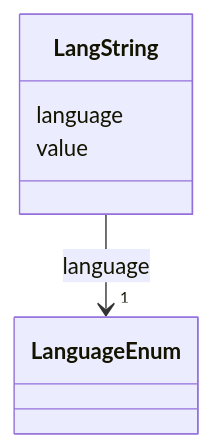
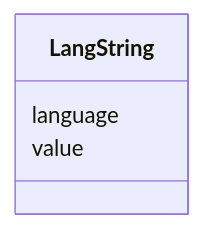
One commit to DARIAH-IL/idhi-manifests changed the diagram in docs/classes/LangString.md. Above: the diagram before and after it, drawn with Mermaid. The commit also changed other lines of this file and 65 other files, not shown here.

Commit message:
Schema improvements

````diff
--- a/docs/classes/LangString.md
+++ b/docs/classes/LangString.md
@@ -22,24 +22,13 @@
 ```mermaid
  classDiagram
     class LangString
       
 
       
 
       LangString : language
         
-          
-    
-        
-        
-        LangString --> "1" LanguageEnum : language
-        
-        click LanguageEnum href "../../enums/LanguageEnum/"
-        
-    
-
-        
       LangString : value
         
       
 ```
````
